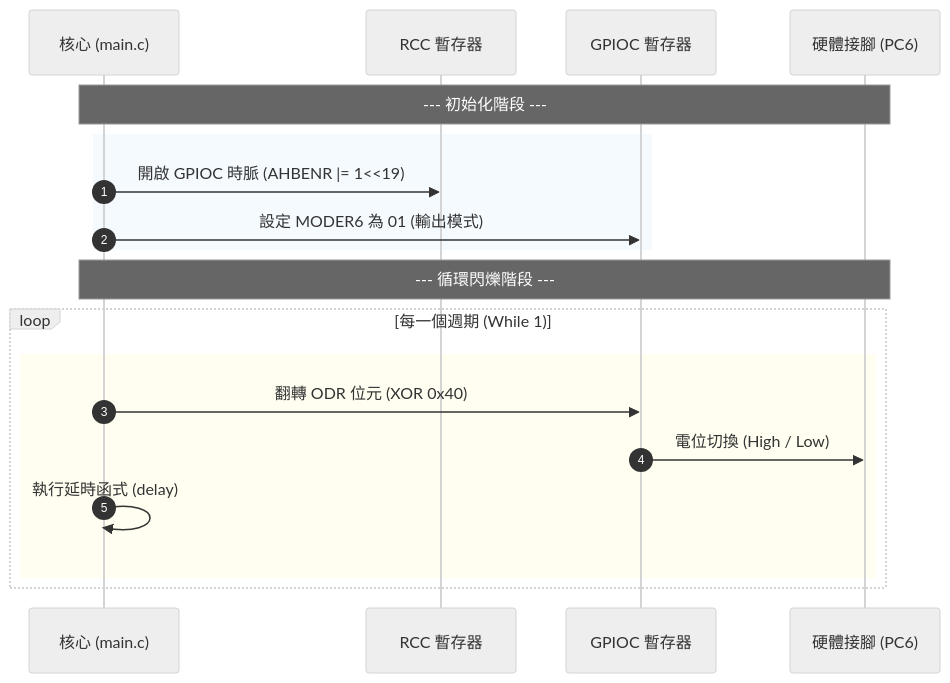
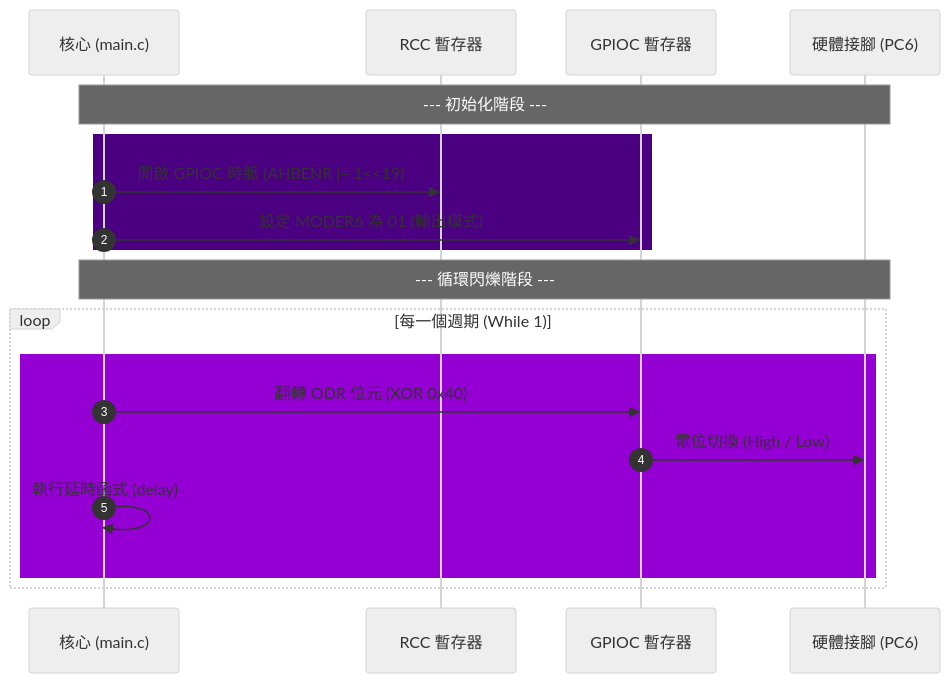
The fourth of 4 diagrams in README.md (PlusRon/Firmware-STM32-SSD-Emulator), drawn with Mermaid (neutral theme) before and after one commit. The commit also changed other lines of this file, not shown here.

````diff
--- a/README.md
+++ b/README.md
@@ -150,27 +150,27 @@
     ```mermaid
     sequenceDiagram
       autonumber
       participant CPU as 核心 (main.c)
       participant RCC as RCC 暫存器
       participant GPIO as GPIOC 暫存器
       participant Pin as 硬體接腳 (PC6)
   
       Note over CPU, Pin: --- 初始化階段 ---
   
-      %% 淺藍區代表硬體配置
-      rect rgb(245, 250, 255)
+      %% 靛藍色區代表硬體配置
+      rect rgb(75, 0, 130)
           CPU->>RCC: 開啟 GPIOC 時脈 (AHBENR |= 1<<19)
           CPU->>GPIO: 設定 MODER6 為 01 (輸出模式)
       end
   
       Note over CPU, Pin: --- 循環閃爍階段 ---
   
-      %% 淺黃區代表迴圈動作
+      %% 深藍區代表迴圈動作
       loop 每一個週期 (While 1)
-          rect rgb(255, 254, 240)
+          rect rgb(148, 0, 211)
               CPU->>GPIO: 翻轉 ODR 位元 (XOR 0x40)
               GPIO->>Pin: 電位切換 (High / Low)
               CPU->>CPU: 執行延時函式 (delay)
           end
       end
     ```
````
